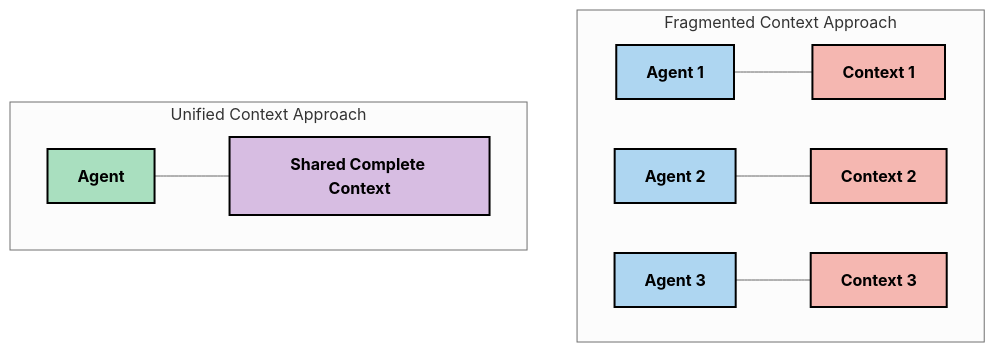
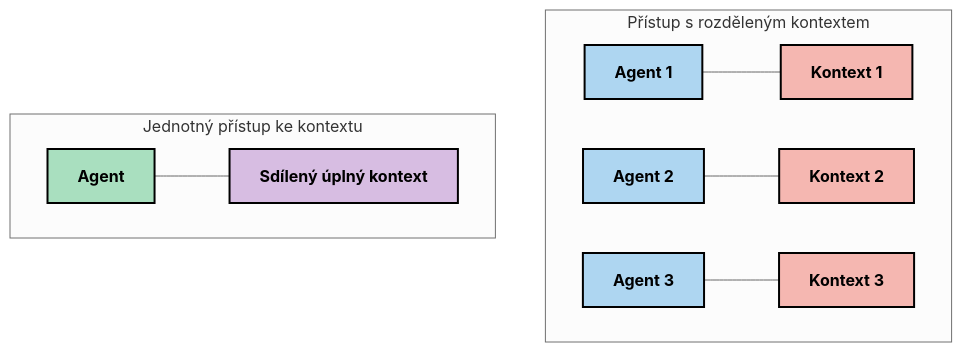
The second of 6 diagrams in mcp_ecosystem__model_context_protocol/mcp_learning_resources/mcp-for-beginners/translations/cs/05-AdvancedTopics/mcp-contextengineering/README.md (HIDORAKAI002/ai-workspace-archive), drawn with Mermaid (neutral theme) before and after one commit. The commit also changed other lines of this file and 1046 other files, not shown here.

````diff
--- a/mcp_ecosystem__model_context_protocol/mcp_learning_resources/mcp-for-beginners/translations/cs/05-AdvancedTopics/mcp-contextengineering/README.md
+++ b/mcp_ecosystem__model_context_protocol/mcp_learning_resources/mcp-for-beginners/translations/cs/05-AdvancedTopics/mcp-contextengineering/README.md
@@ -72,21 +73,21 @@
 ```mermaid
 graph TD
-    subgraph "Fragmented Context Approach"
-    A1[Agent 1] --- C1[Context 1]
-    A2[Agent 2] --- C2[Context 2]
-    A3[Agent 3] --- C3[Context 3]
+    subgraph "Přístup s rozděleným kontextem"
+    A1[Agent 1] --- C1[Kontext 1]
+    A2[Agent 2] --- C2[Kontext 2]
+    A3[Agent 3] --- C3[Kontext 3]
     end
     
-    subgraph "Unified Context Approach"
-    B1[Agent] --- D1[Shared Complete Context]
+    subgraph "Jednotný přístup ke kontextu"
+    B1[Agent] --- D1[Sdílený úplný kontext]
     end
     
     style A1 fill:#AED6F1,stroke:#000000,stroke-width:2px,color:#000000,font-weight:bold
     style A2 fill:#AED6F1,stroke:#000000,stroke-width:2px,color:#000000,font-weight:bold
     style A3 fill:#AED6F1,stroke:#000000,stroke-width:2px,color:#000000,font-weight:bold
     style B1 fill:#A9DFBF,stroke:#000000,stroke-width:2px,color:#000000,font-weight:bold
     style C1 fill:#F5B7B1,stroke:#000000,stroke-width:2px,color:#000000,font-weight:bold
     style C2 fill:#F5B7B1,stroke:#000000,stroke-width:2px,color:#000000,font-weight:bold
     style C3 fill:#F5B7B1,stroke:#000000,stroke-width:2px,color:#000000,font-weight:bold
     style D1 fill:#D7BDE2,stroke:#000000,stroke-width:2px,color:#000000,font-weight:bold
 ```
````
